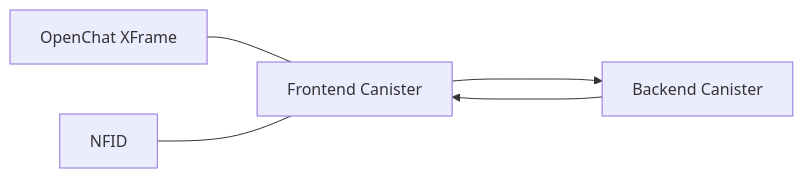
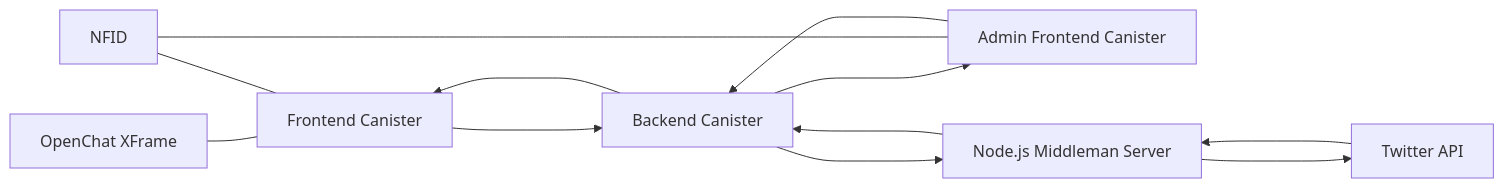
Before and after one commit to Konecta-DAO/missions: the diagram in README.md, drawn with Mermaid. The commit also changed other lines of this file and 40 other files, not shown here.

Commit message:
Added an Admin Canister Module

````diff
--- a/README.md
+++ b/README.md
@@ -10,8 +12,14 @@
-```mermaid 
+```mermaid
 graph LR
 D[OpenChat XFrame] --- A[Frontend Canister]
 A[Frontend Canister] ----> B[Backend Canister]
 B[Backend Canister] ----> A[Frontend Canister]
 C[NFID] --- A[Frontend Canister]
-
+E[Admin Frontend Canister] ----> B[Backend Canister]
+B[Backend Canister] ----> E[Admin Frontend Canister]
+C[NFID] ---- E[Admin Frontend Canister]
+B[Backend Canister] ----> F[Node.js Middleman Server]
+F[Node.js Middleman Server] ----> B[Backend Canister]
+F[Node.js Middleman Server] ----> G[Twitter API]
+G[Twitter API] ----> F[Node.js Middleman Server]
 ```
````
